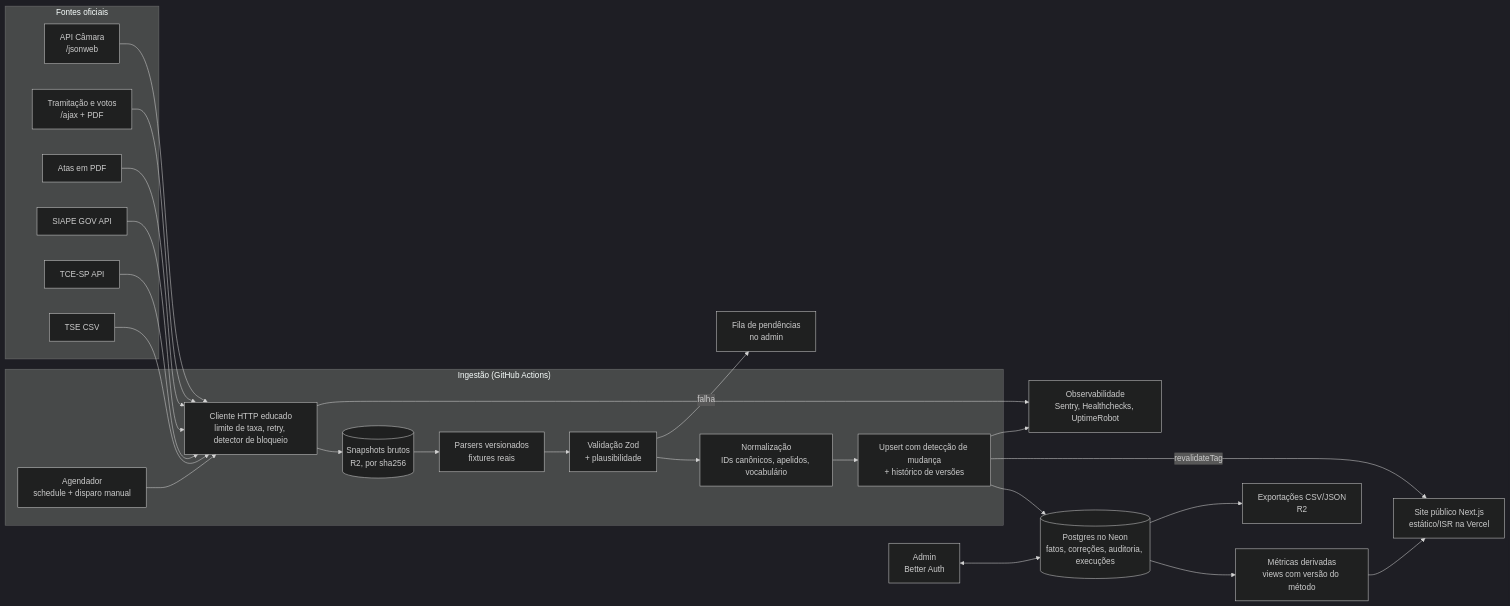
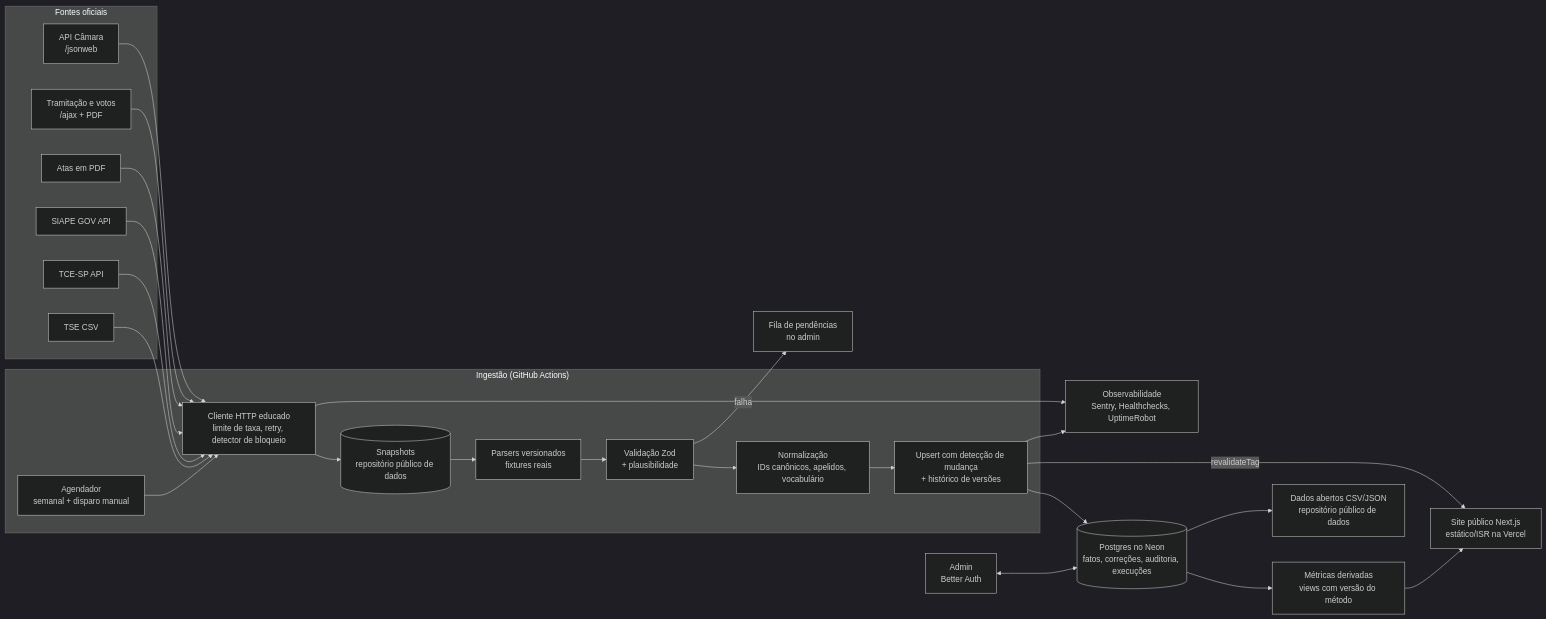
One commit to vhonorato02/obs-vereador changed the diagram in docs/research/fase-1-relatorio.md. Above: the diagram before and after it, drawn with Mermaid (dark theme). The commit also changed other lines of this file and 4 other files, not shown here.

````diff
--- a/docs/research/fase-1-relatorio.md
+++ b/docs/research/fase-1-relatorio.md
@@ -178,39 +184,39 @@
 ```mermaid
 flowchart LR
   subgraph FONTES["Fontes oficiais"]
     A1["API Câmara<br/>/jsonweb"]
     A2["Tramitação e votos<br/>/ajax + PDF"]
     A3["Atas em PDF"]
     B1["SIAPE GOV API"]
     B2["TCE-SP API"]
     C1["TSE CSV"]
   end
 
   subgraph ING["Ingestão (GitHub Actions)"]
-    S["Agendador<br/>schedule + disparo manual"]
+    S["Agendador<br/>semanal + disparo manual"]
     F["Cliente HTTP educado<br/>limite de taxa, retry, detector de bloqueio"]
-    R[("Snapshots brutos<br/>R2, por sha256")]
+    R[("Snapshots<br/>repositório público de dados")]
     P["Parsers versionados<br/>fixtures reais"]
     V["Validação Zod<br/>+ plausibilidade"]
     N["Normalização<br/>IDs canônicos, apelidos, vocabulário"]
     U["Upsert com detecção de mudança<br/>+ histórico de versões"]
   end
 
   DB[("Postgres no Neon<br/>fatos, correções, auditoria, execuções")]
   M["Métricas derivadas<br/>views com versão do método"]
   W["Site público Next.js<br/>estático/ISR na Vercel"]
   ADM["Admin<br/>Better Auth"]
-  X["Exportações CSV/JSON<br/>R2"]
+  X["Dados abertos CSV/JSON<br/>repositório público de dados"]
   O["Observabilidade<br/>Sentry, Healthchecks, UptimeRobot"]
   Q["Fila de pendências<br/>no admin"]
 
   S --> F
   A1 & A2 & A3 & B1 & B2 & C1 --> F
   F --> R --> P --> V --> N --> U --> DB
   V -- "falha" --> Q
   DB --> M --> W
   DB --> X
   U -- "revalidateTag" --> W
   ADM <--> DB
   F & U --> O
 ```
````
